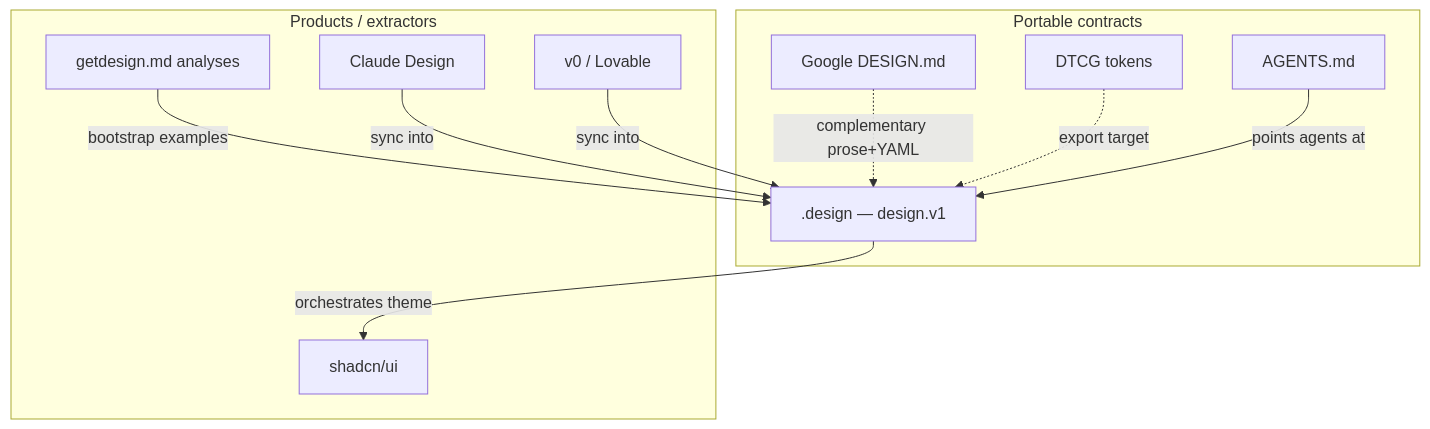
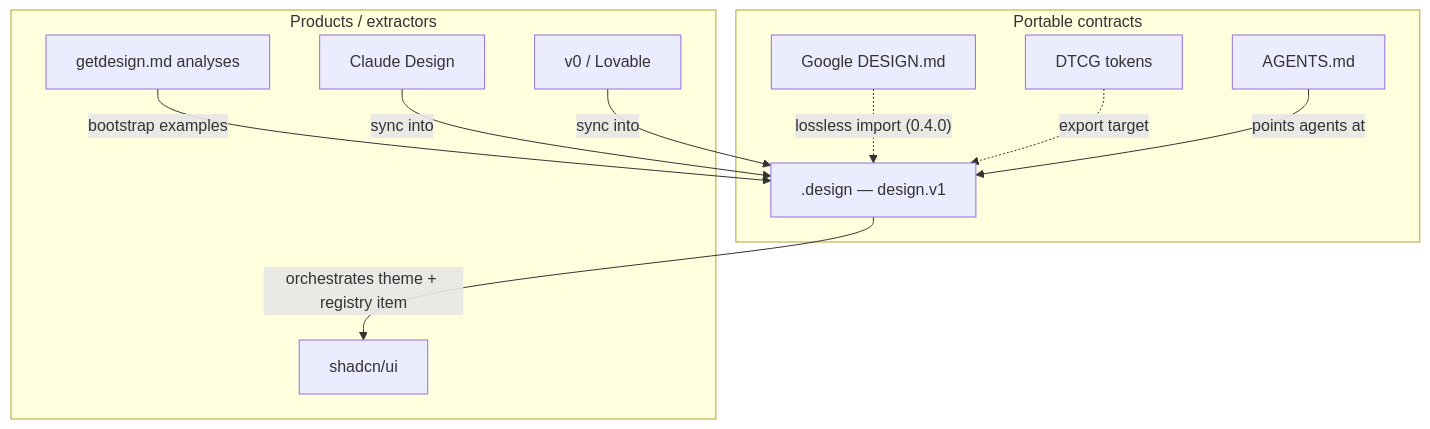
The diagram in docs/comparison.md (AgentsORG/DESIGN), drawn with Mermaid before and after one commit. The commit also changed other lines of this file and 25 other files, not shown here.

````diff
--- a/docs/comparison.md
+++ b/docs/comparison.md
@@ -5,24 +5,24 @@
 ```mermaid
 flowchart TB
   subgraph portable ["Portable contracts"]
     D[".design — design.v1"]
     GMD[Google DESIGN.md]
     DTCG[DTCG tokens]
     AG[AGENTS.md]
   end
 
   subgraph products ["Products / extractors"]
     CD[Claude Design]
     V0[v0 / Lovable]
     GD[getdesign.md analyses]
     SH[shadcn/ui]
   end
 
   GD -->|bootstrap examples| D
-  GMD -.->|complementary prose+YAML| D
+  GMD -.->|"lossless import (0.4.0)"| D
   DTCG -.->|export target| D
   AG -->|points agents at| D
   CD -->|sync into| D
   V0 -->|sync into| D
-  D -->|orchestrates theme| SH
+  D -->|orchestrates theme + registry item| SH
 ```
````
